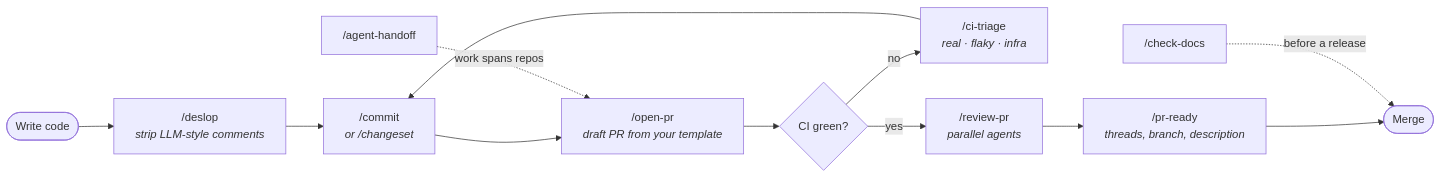
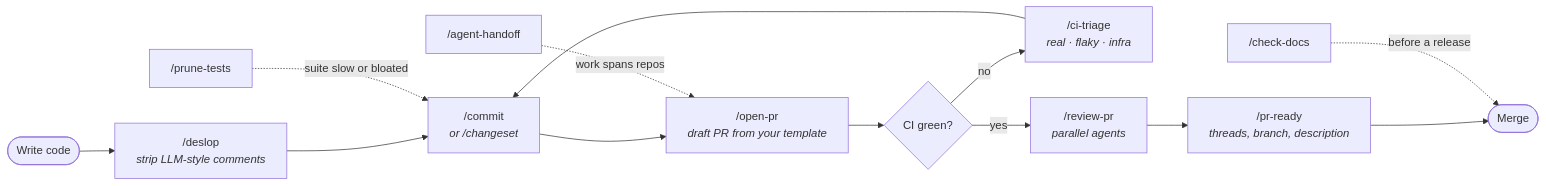
The diagram in plugins/dev-workflow/README.md (jmlweb/skills-monorepo), drawn with Mermaid before and after one commit. The commit also changed other lines of this file and 45 other files, not shown here.

First line of the commit message:
feat(dev-workflow): add prune-tests skill and test-analysis CLI

````diff
--- a/plugins/dev-workflow/README.md
+++ b/plugins/dev-workflow/README.md
@@ -18,14 +18,15 @@
 ```mermaid
 flowchart LR
     W([Write code]) --> DS["/deslop<br/><i>strip LLM-style comments</i>"]
     DS --> CM["/commit<br/><i>or /changeset</i>"]
     CM --> OP["/open-pr<br/><i>draft PR from your template</i>"]
     OP --> CI{CI green?}
     CI -- "no" --> TR["/ci-triage<br/><i>real · flaky · infra</i>"]
     TR --> CM
     CI -- "yes" --> RV["/review-pr<br/><i>parallel agents</i>"]
     RV --> PR["/pr-ready<br/><i>threads, branch, description</i>"]
     PR --> M([Merge])
     DOC["/check-docs"] -. "before a release" .-> M
     HO["/agent-handoff"] -. "work spans repos" .-> OP
+    PT["/prune-tests"] -. "suite slow or bloated" .-> CM
 ```
````
